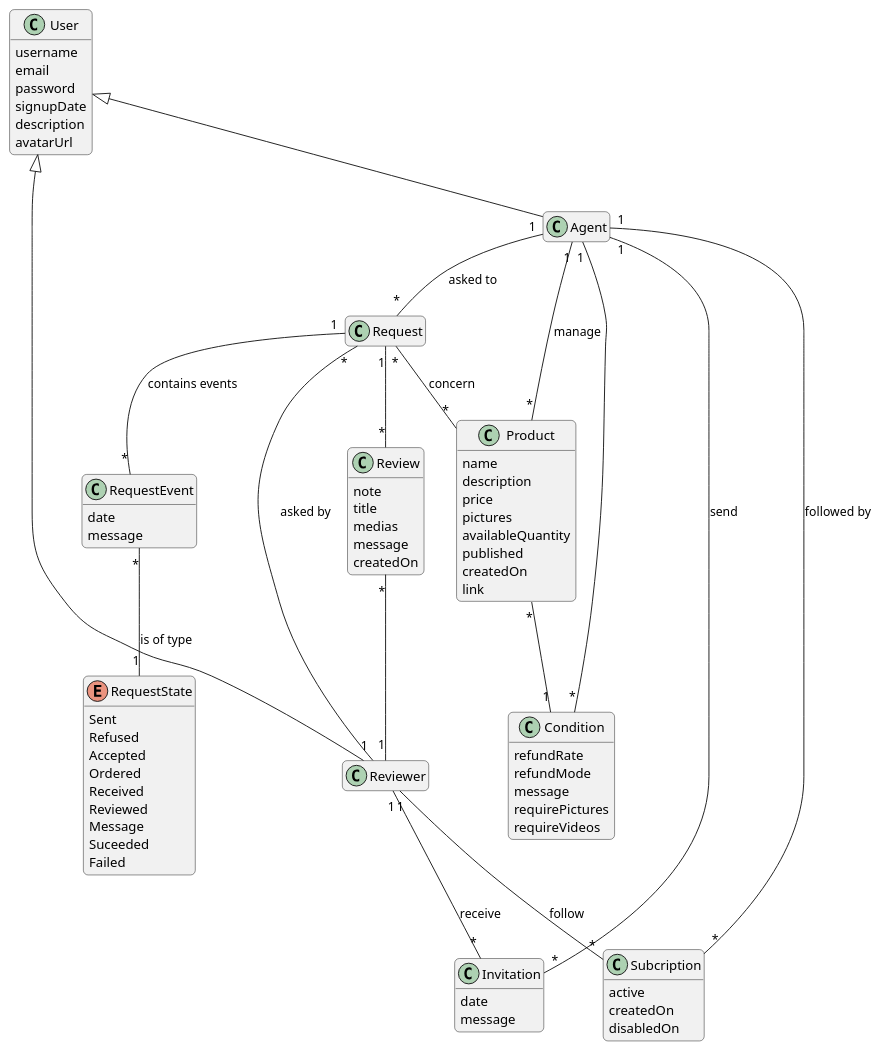
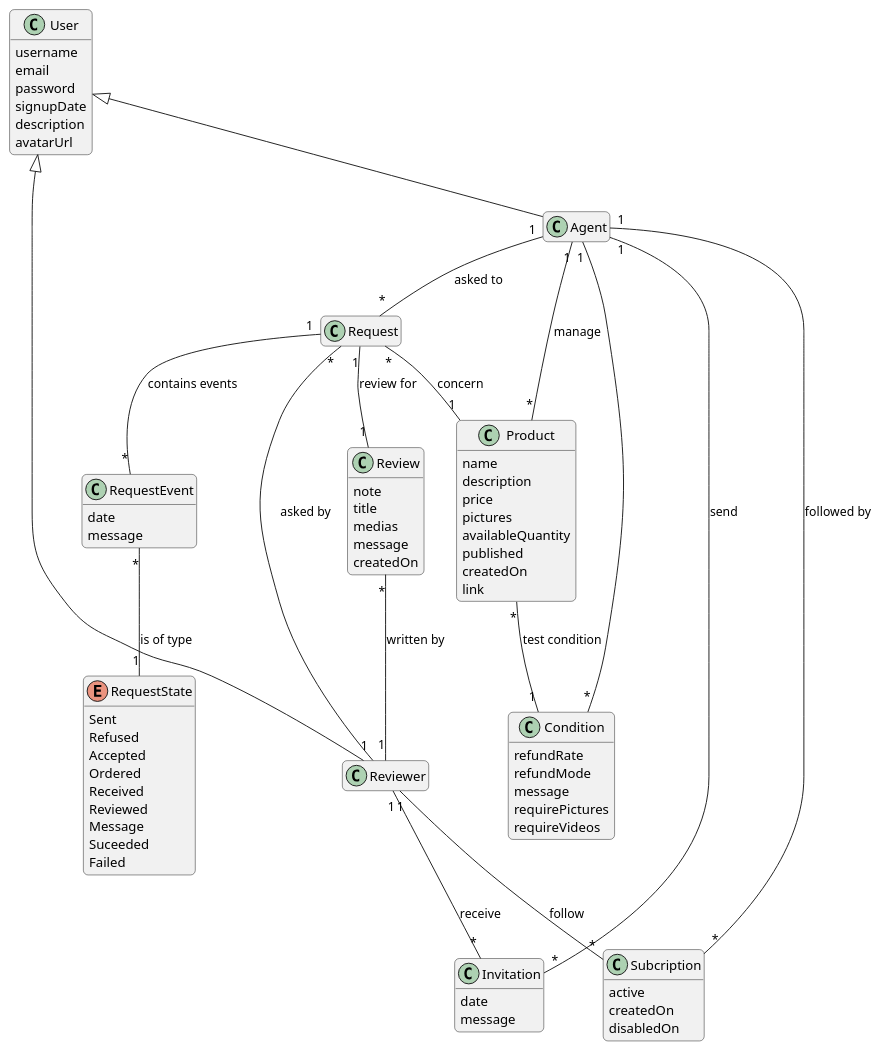
Before and after one commit to Livl-Corporation/livl-reviews: the diagram in models/conceptual.puml, drawn with PlantUML.

Commit message:
fix(conceptual): quick fixes of relation

```diff
--- a/models/conceptual.puml
+++ b/models/conceptual.puml
@@ -1,104 +1,104 @@
 @startuml "Livl Reviews"
 
 skinparam roundcorner 10
 hide empty methods
 hide empty members
 
 class User {
     username
     email
     password
     signupDate
     description
     avatarUrl
 }
 
 class Agent extends User {
     
 }
 
 
 class Reviewer extends User {
     
 }
 
 class Invitation {
     date
     message
 }
 
 Agent "1" -- "*" Invitation : send
 Reviewer "1" -- "*" Invitation : receive
 
 enum RequestState {
     Sent
     Refused
     Accepted
     Ordered
     Received
     Reviewed
     Message
     Suceeded
     Failed
 }
 
 Agent "1" -- "*" Condition
 
 class Request {
     
 }
 
 class RequestEvent {
     date
     message
 }
 
 class Review {
     note
     title
     medias
     message
     createdOn
 }
 
-Review "*" -- "1" Reviewer
-Request "1" -- "*" Review
+Review "*" -- "1" Reviewer : written by
+Request "1" -- "1" Review : review for
 
 class Condition {
     refundRate
     refundMode
     message
     requirePictures
     requireVideos
 }
 
 class Product {
     name
     description
     price
     pictures
     availableQuantity
     published
     createdOn
     link
 }
 
-Product "*" -- "1" Condition
+Product "*" -- "1" Condition : test condition
 
 RequestEvent "*" -- "1" RequestState : is of type
 Reviewer "1" -- "*" Request : asked by
 Agent "1" -- "*" Request : asked to
 Request "1" -- "*" RequestEvent : contains events
-Request "*" -- "*" Product : concern
+Request "*" -- "1" Product : concern
 Agent "1" -- "*" Product : manage
 
 class Subcription {
     active
     createdOn
     disabledOn
 }
 
 Agent "1" -- "*" Subcription : followed by
 Reviewer "1" -- "*" Subcription : follow
 
 @enduml
```
